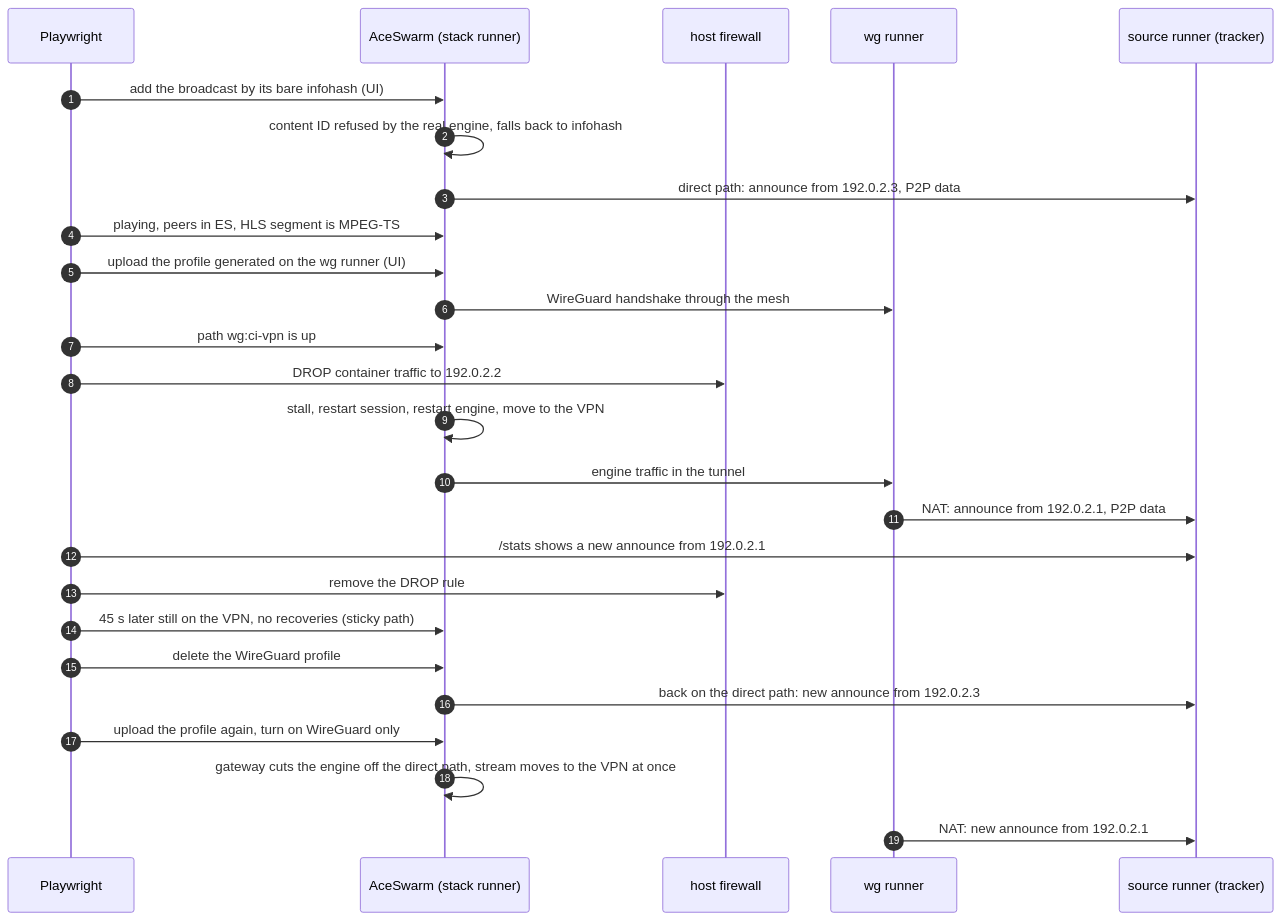
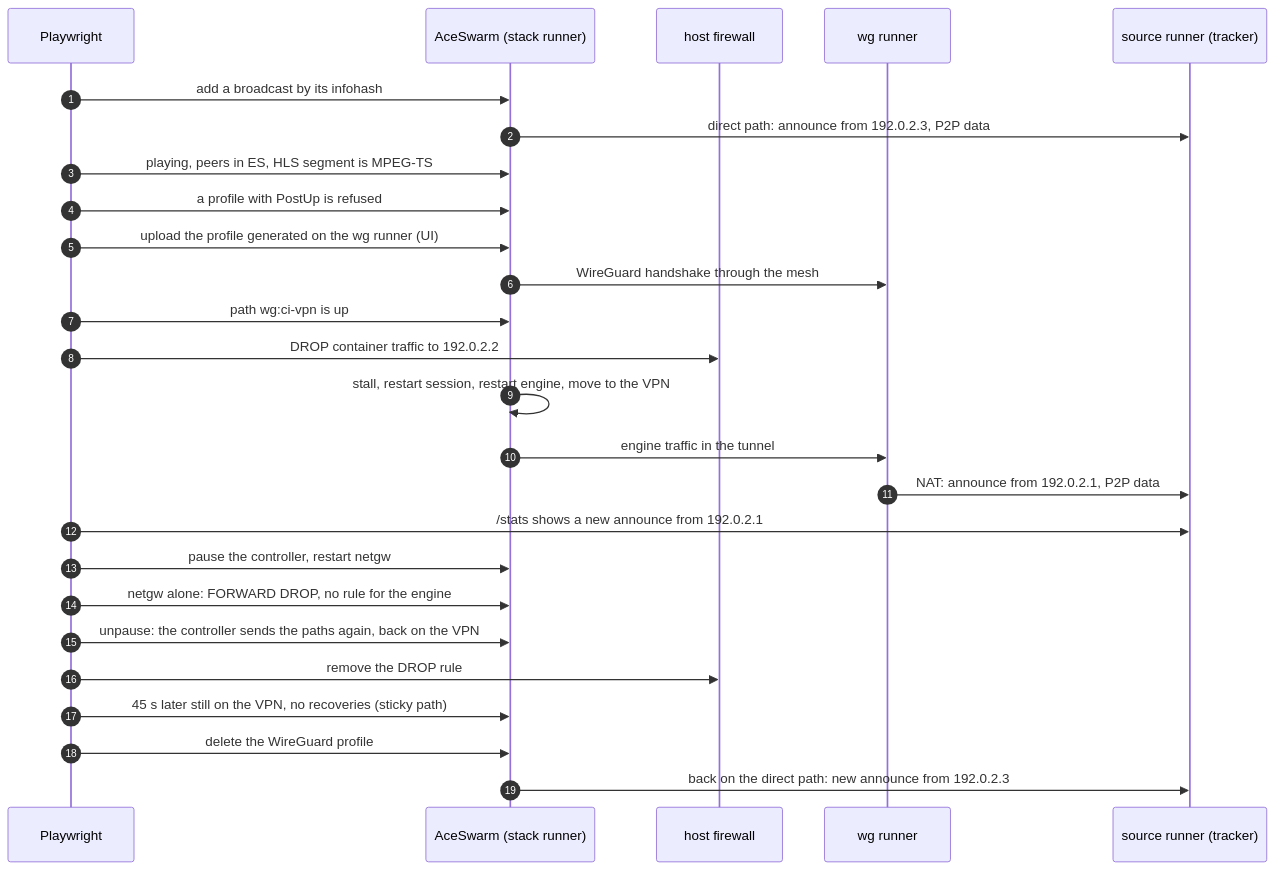
The ninth of 10 diagrams in e2e/README.md (sergimn/AceSwarm), drawn with Mermaid before and after one commit. The commit also changed other lines of this file and 3 other files, not shown here.

First line of the commit message:
Describe the real-engine E2E suite in the docs

````diff
--- a/e2e/README.md
+++ b/e2e/README.md
@@ -217,28 +231,28 @@
 ```mermaid
 sequenceDiagram
   autonumber
   participant T as Playwright
   participant AS as AceSwarm (stack runner)
   participant FW as host firewall
   participant WG as wg runner
   participant SRC as source runner (tracker)
-  T->>AS: add the broadcast by its bare infohash (UI)
-  AS->>AS: content ID refused by the real engine, falls back to infohash
+  T->>AS: add a broadcast by its infohash
   AS->>SRC: direct path: announce from 192.0.2.3, P2P data
   T->>AS: playing, peers in ES, HLS segment is MPEG-TS
+  T->>AS: a profile with PostUp is refused
   T->>AS: upload the profile generated on the wg runner (UI)
   AS->>WG: WireGuard handshake through the mesh
   T->>AS: path wg:ci-vpn is up
   T->>FW: DROP container traffic to 192.0.2.2
   AS->>AS: stall, restart session, restart engine, move to the VPN
   AS->>WG: engine traffic in the tunnel
   WG->>SRC: NAT: announce from 192.0.2.1, P2P data
   T->>SRC: /stats shows a new announce from 192.0.2.1
+  T->>AS: pause the controller, restart netgw
+  T->>AS: netgw alone: FORWARD DROP, no rule for the engine
+  T->>AS: unpause: the controller sends the paths again, back on the VPN
   T->>FW: remove the DROP rule
   T->>AS: 45 s later still on the VPN, no recoveries (sticky path)
   T->>AS: delete the WireGuard profile
   AS->>SRC: back on the direct path: new announce from 192.0.2.3
-  T->>AS: upload the profile again, turn on WireGuard only
-  AS->>AS: gateway cuts the engine off the direct path, stream moves to the VPN at once
-  WG->>SRC: NAT: new announce from 192.0.2.1
 ```
````
